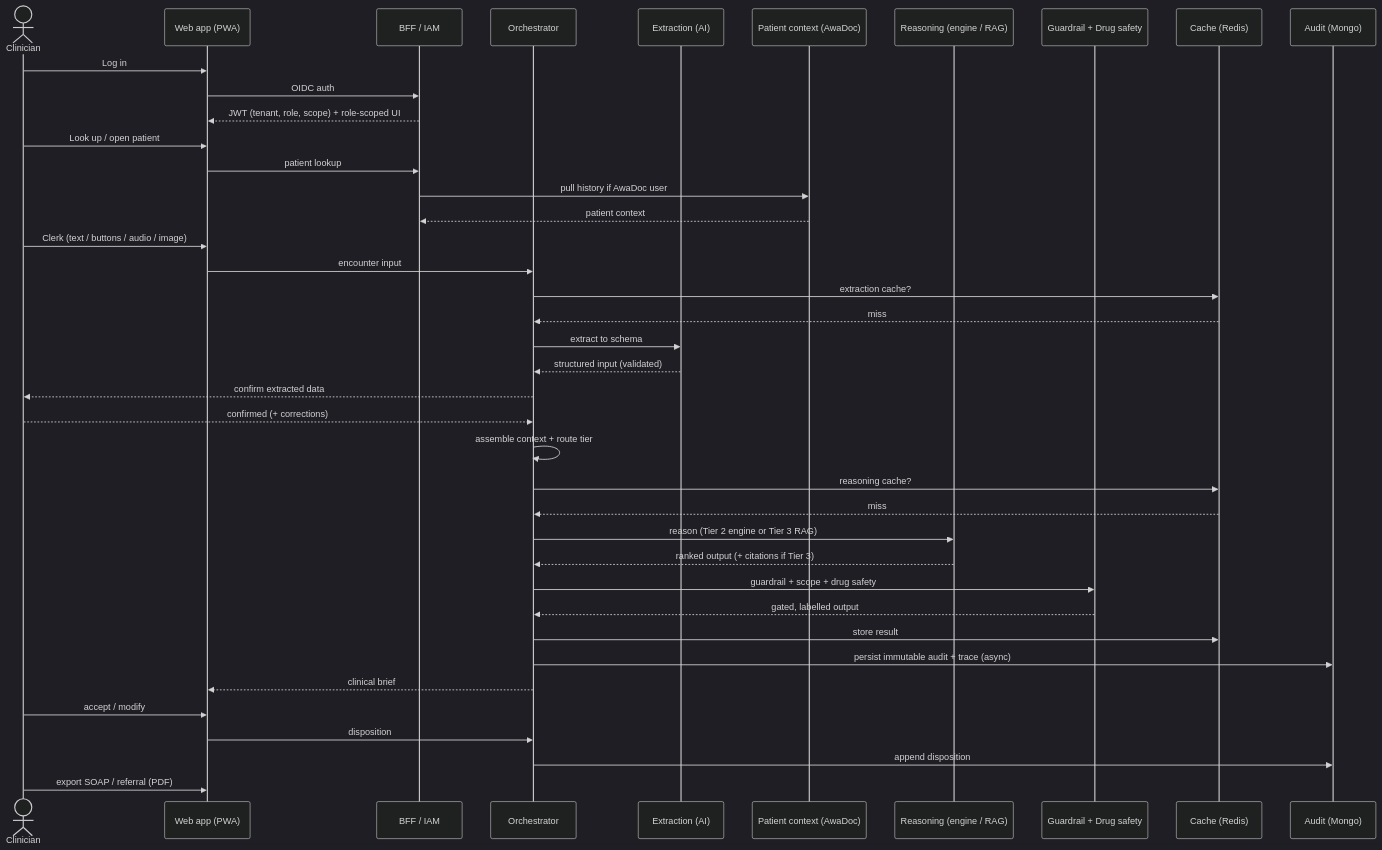
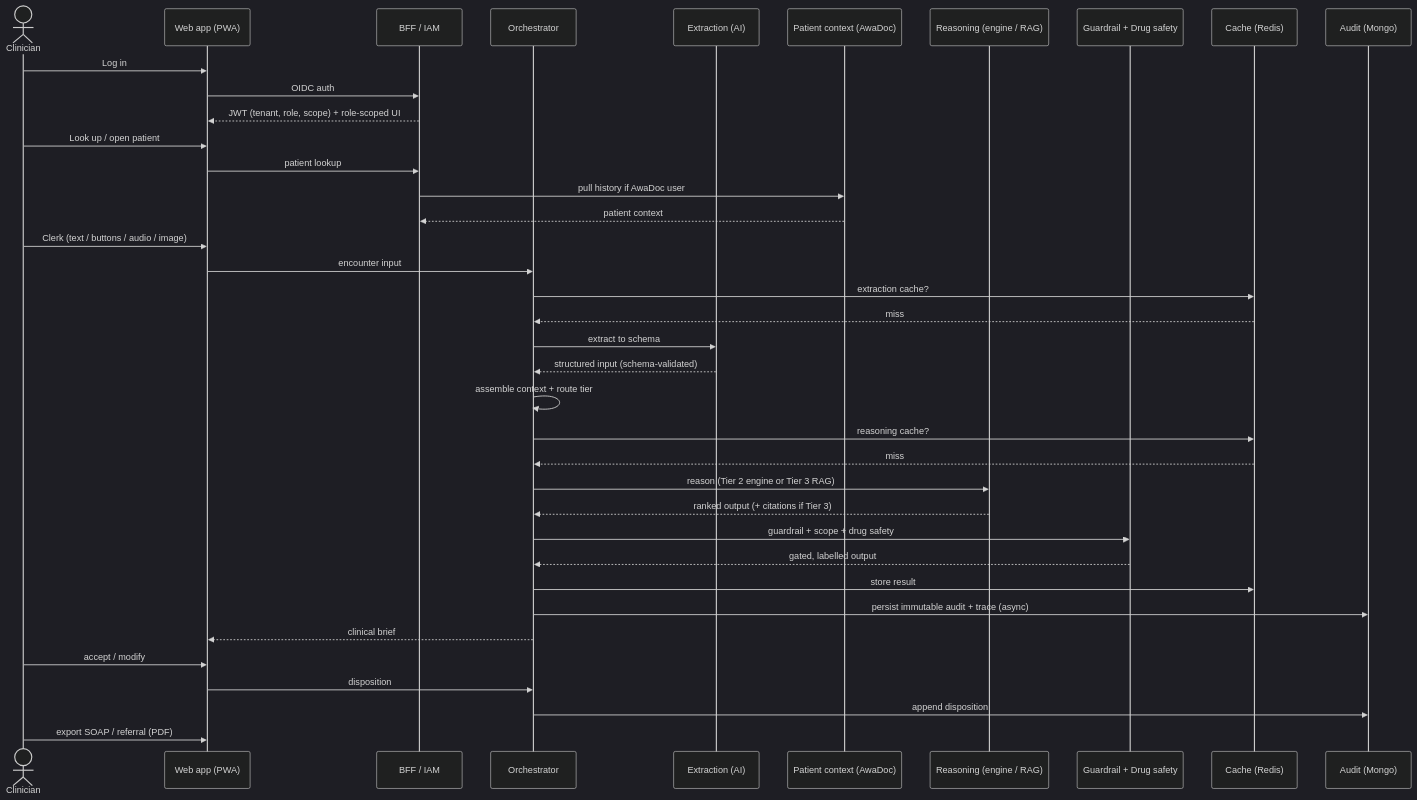
Before and after one commit to CollinDex/awadoc-cdst: the ninth of 12 diagrams in docs/ARCHITECTURE.md, drawn with Mermaid (dark theme). The commit also changed other lines of this file and 1 other file, not shown here.

First line of the commit message:
docs: remove human-confirm-of-extracted-data step

````diff
--- a/docs/ARCHITECTURE.md
+++ b/docs/ARCHITECTURE.md
@@ -393,43 +392,41 @@
 ```mermaid
 sequenceDiagram
     actor C as Clinician
     participant W as Web app (PWA)
     participant B as BFF / IAM
     participant O as Orchestrator
     participant X as Extraction (AI)
     participant P as Patient context (AwaDoc)
     participant R as Reasoning (engine / RAG)
     participant G as Guardrail + Drug safety
     participant Q as Cache (Redis)
     participant D as Audit (Mongo)
 
     C->>W: Log in
     W->>B: OIDC auth
     B-->>W: JWT (tenant, role, scope) + role-scoped UI
     C->>W: Look up / open patient
     W->>B: patient lookup
     B->>P: pull history if AwaDoc user
     P-->>B: patient context
     C->>W: Clerk (text / buttons / audio / image)
     W->>O: encounter input
     O->>Q: extraction cache?
     Q-->>O: miss
     O->>X: extract to schema
-    X-->>O: structured input (validated)
-    O-->>C: confirm extracted data
-    C-->>O: confirmed (+ corrections)
+    X-->>O: structured input (schema-validated)
     O->>O: assemble context + route tier
     O->>Q: reasoning cache?
     Q-->>O: miss
     O->>R: reason (Tier 2 engine or Tier 3 RAG)
     R-->>O: ranked output (+ citations if Tier 3)
     O->>G: guardrail + scope + drug safety
     G-->>O: gated, labelled output
     O->>Q: store result
     O->>D: persist immutable audit + trace (async)
     O-->>W: clinical brief
     C->>W: accept / modify
     W->>O: disposition
     O->>D: append disposition
     C->>W: export SOAP / referral (PDF)
 ```
````
